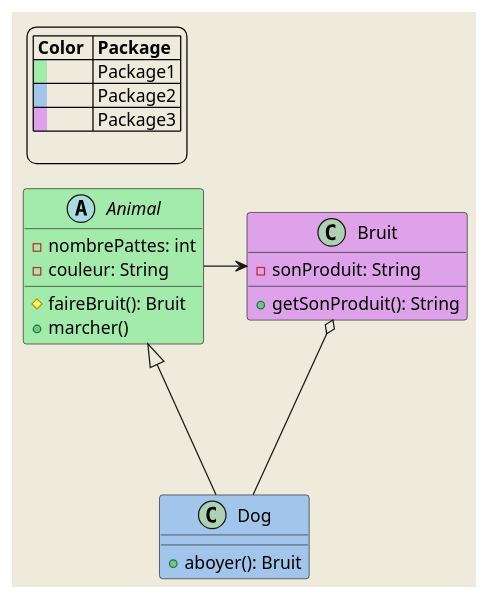
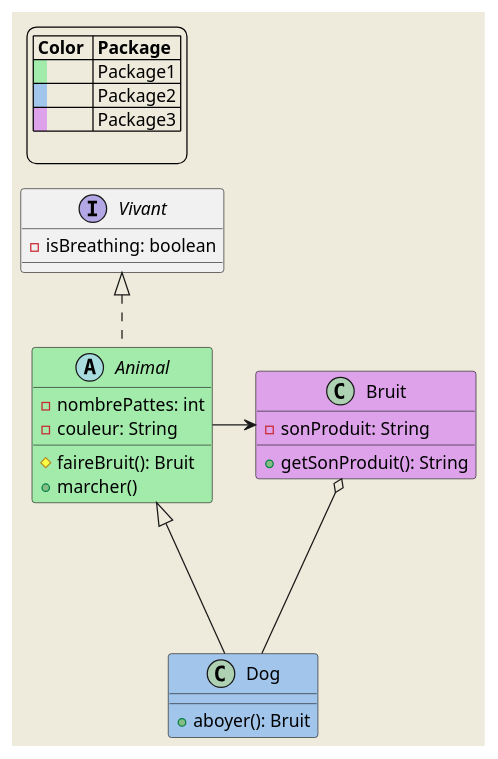
One commit to VelaSam/PerspectivePro changed the diagram in src/diagrammes/diagramme_de_classe_global.puml. Above: the diagram before and after it, drawn with PlantUML.

Commit message:
Upgraded dummy diagramme de classe

```diff
--- a/src/diagrammes/diagramme_de_classe_global.puml
+++ b/src/diagrammes/diagramme_de_classe_global.puml
@@ -1,39 +1,44 @@
 @startuml
 
 
 skinparam backgroundColor #EEEBDC
 
 legend top left
  |= Color  |= Package |
  |<back:#a2ebaa>   </back>| Package1 |
  |<back:#a2c5eb>   </back>| Package2 |
  |<back:#dea2eb>   </back>| Package3 |
 
  endlegend
 
 
-abstract class Animal #a2ebaa{
+abstract class Animal #a2ebaa implements Vivant{
     -nombrePattes: int
     -couleur: String
 
     #faireBruit(): Bruit
     +marcher()
 }
 
 
 class Dog #a2c5eb extends Animal {
     +aboyer(): Bruit
 }
 
 class Bruit #dea2eb {
 
     -sonProduit: String
     +getSonProduit(): String
 }
 
+interface Vivant{
+
+    -isBreathing: boolean
+}
+
 
 Animal --r-> Bruit
 Dog -up--o Bruit
 
 
 @enduml
```
